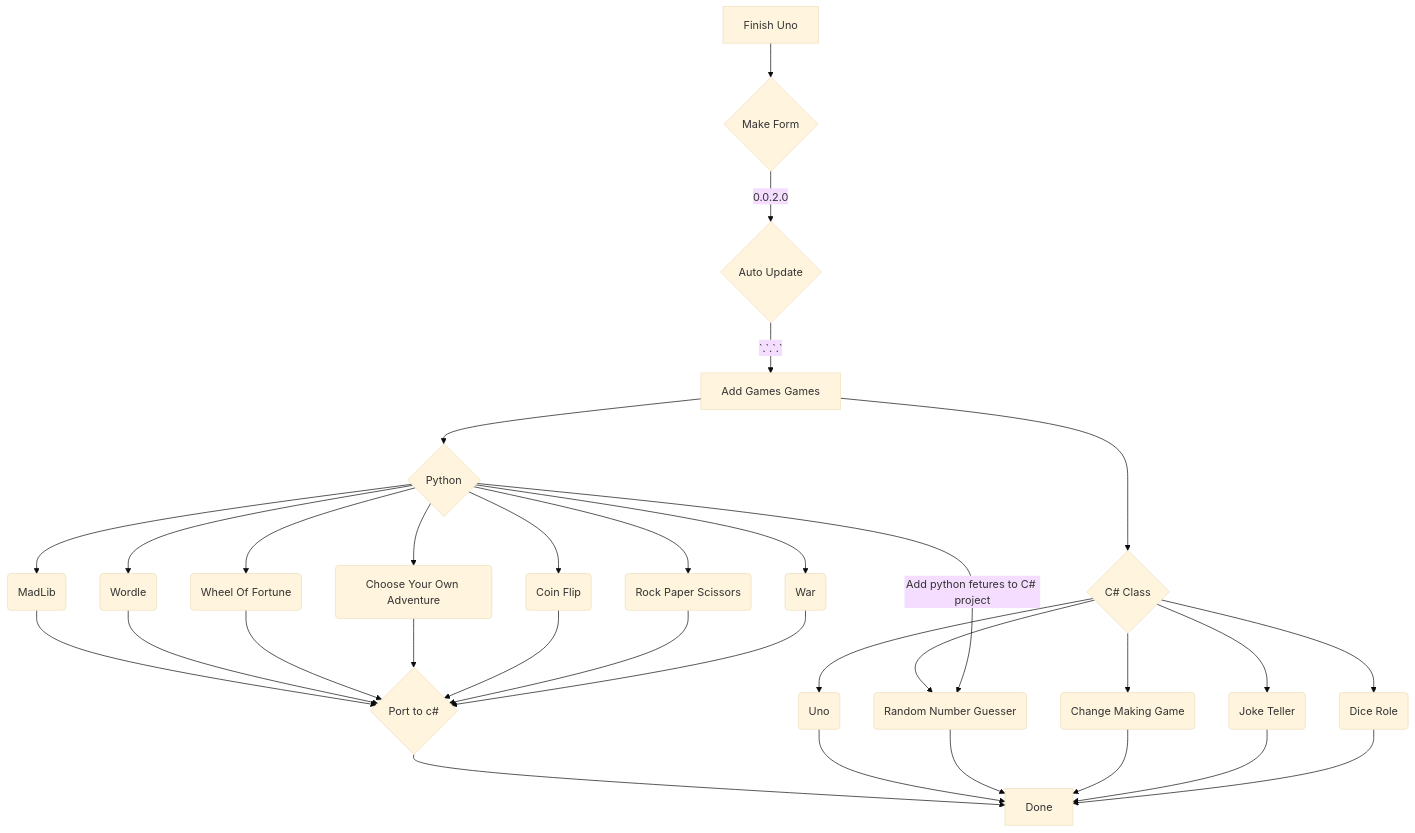
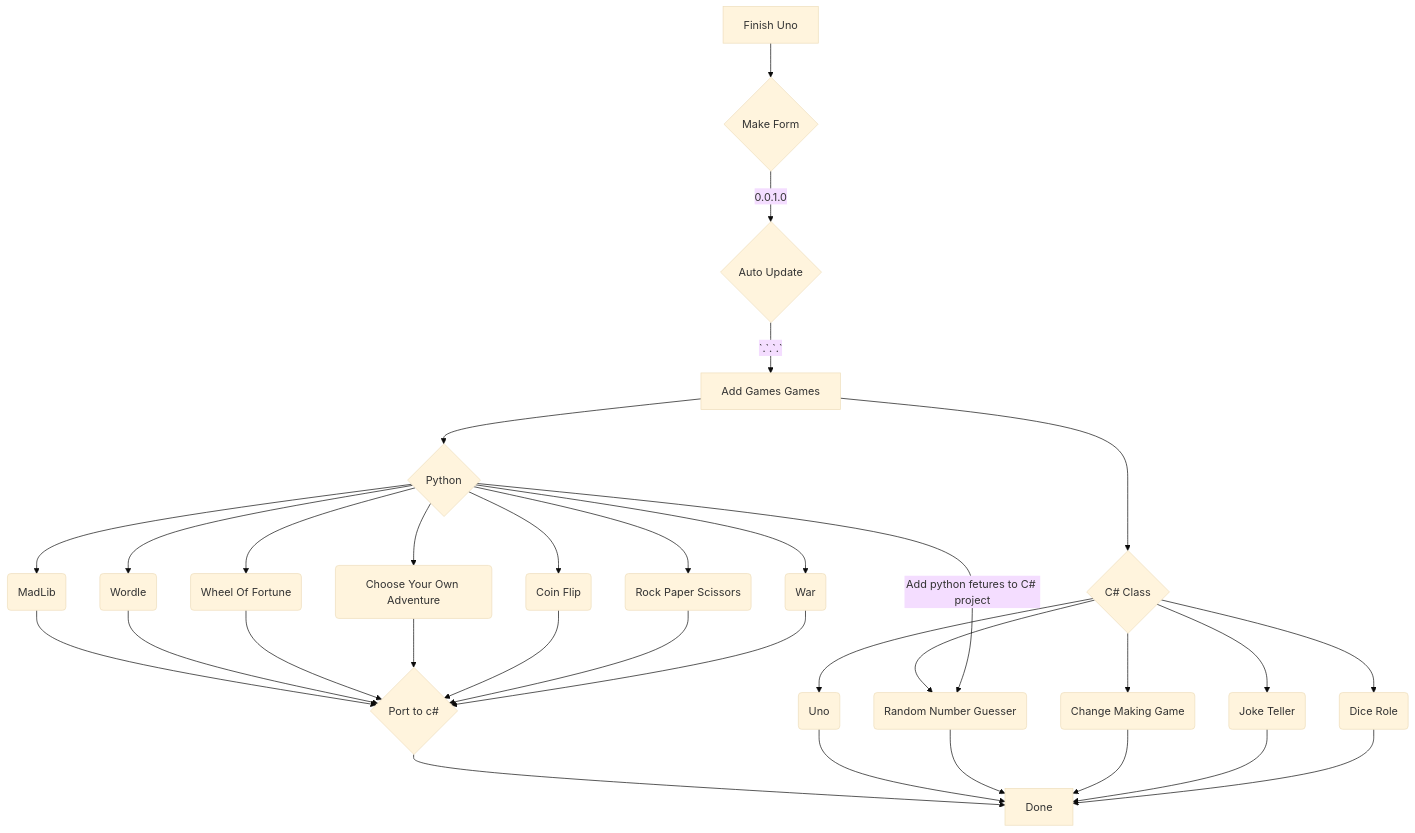
One commit to Travis-DV/GamesRepo changed the diagram in README.md. Above: the diagram before and after it, drawn with Mermaid (base theme).

````diff
--- a/README.md
+++ b/README.md
@@ -14,39 +14,39 @@
 ```mermaid
 graph TD;
     A[Finish Uno] --> B{Make Form};
-    B --> |0.0.2.0| C{Auto Update};
+    B --> |0.0.1.0| C{Auto Update};
     C --> |`.`.`.`|D[Add Games Games];
 
     D --> E{C# Class};
     E --> F(Uno);
     E --> G(Random Number Guesser);
     E --> H(Change Making Game);
     E --> I(Joke Teller);
     E --> J(Dice Role);
 
     D --> K{Python};
     K --> L(MadLib);
     K --> M(Wordle);
     K --> N(Wheel Of Fortune);
     K --> O(Choose Your Own Adventure);
     K --> |Add python fetures to C# project| G;
     K --> P(Coin Flip);
     K --> Q(Rock Paper Scissors);
     K --> R(War);
 
 
     L --> X;
     M --> X;
     N --> X;
     O --> X;
     P --> X;
     Q --> X;
     R --> X;
     X{Port to c#} --> Z
 
     F --> Z;
     G --> Z;
     H --> Z;
     I --> Z;
     J --> Z[Done];
 ```
````
